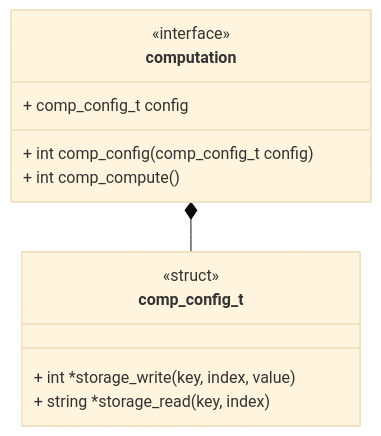
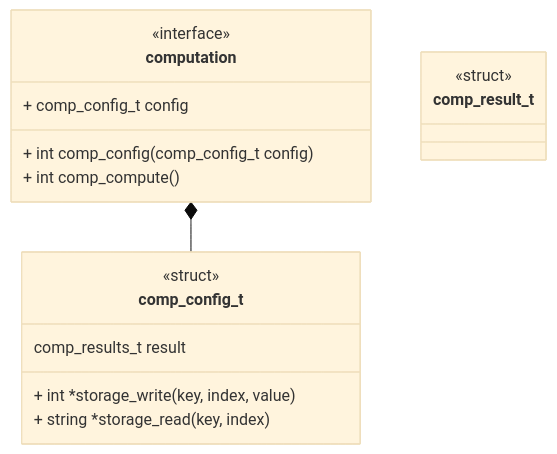
Before and after one commit to Uiowa-Applied-Topology/tanglenomicon_core_libraries: the diagram in docs/unit_description/computation-interface.md, drawn with Mermaid (base theme). The commit also changed other lines of this file and 19 other files, not shown here.

````diff
--- a/docs/unit_description/computation-interface.md
+++ b/docs/unit_description/computation-interface.md
@@ -3,18 +3,22 @@
 ```mermaid
 classDiagram
     computation *-- comp_config_t
     class computation {
         <<interface>>
         + comp_config_t config
         + int comp_config(comp_config_t config)
         + int comp_compute()
     }
 
     class comp_config_t {
         <<struct>>
+        comp_results_t result
         + int *storage_write(key, index, value)
         + string *storage_read(key, index)
     }
 
+    class comp_result_t {
+        <<struct>>
+    }
 
 ```
````
